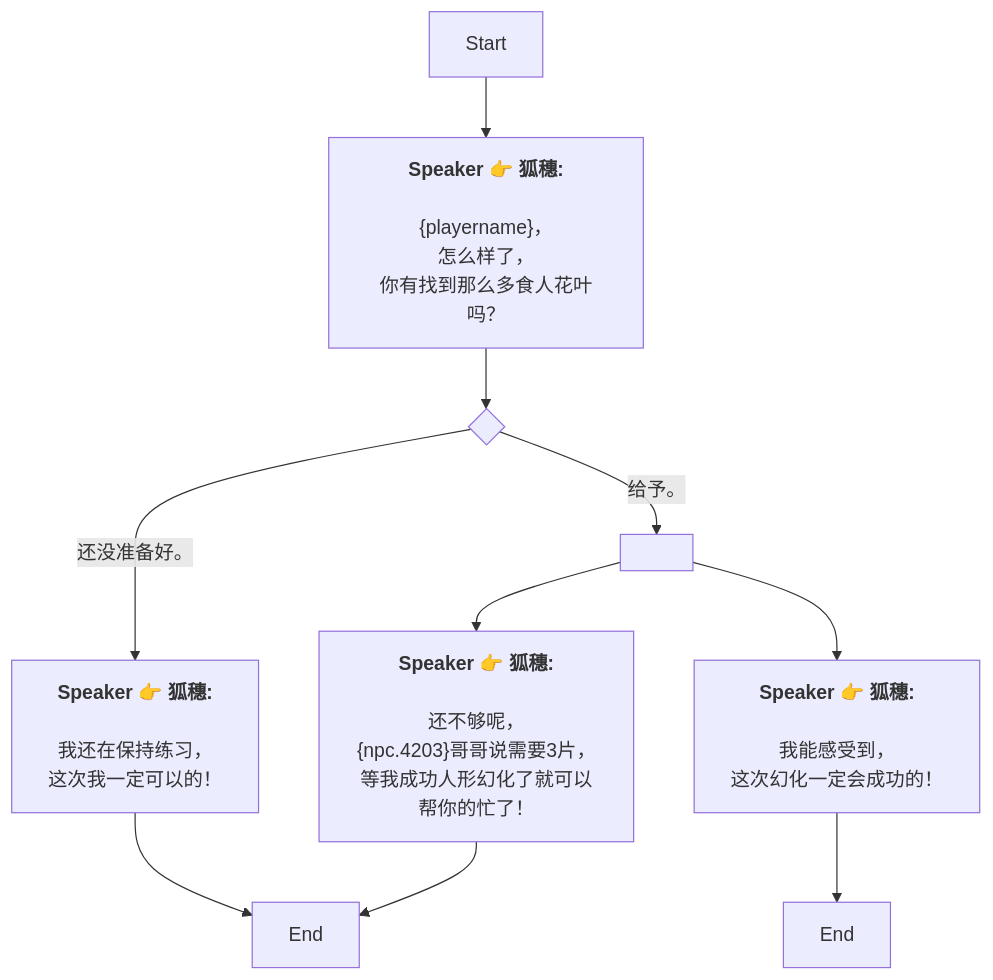
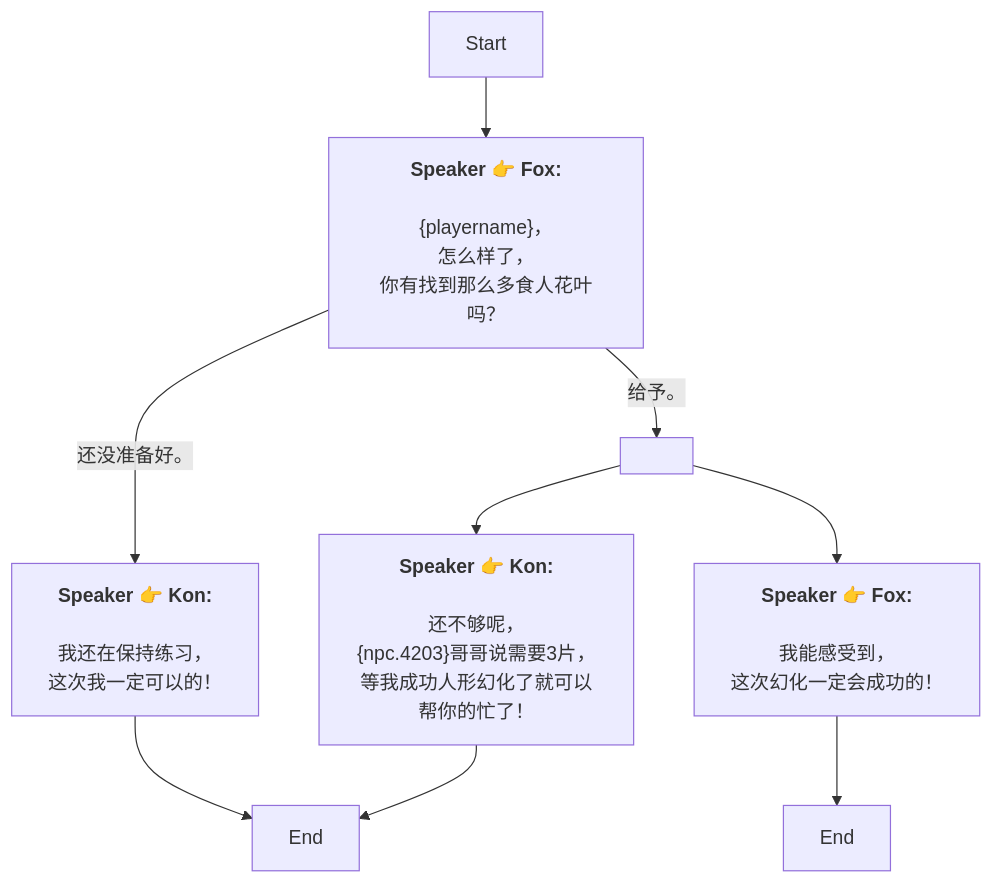
Before and after one commit to SoftHu/tos_avg: the diagram in Zh/QuestTalkObjectiveNode_1738540454527154.md, drawn with Mermaid. The commit also changed 737 other files, not shown here.

````diff
--- a/Zh/QuestTalkObjectiveNode_1738540454527154.md
+++ b/Zh/QuestTalkObjectiveNode_1738540454527154.md
@@ -1,27 +1,22 @@
 ```mermaid
 graph
-Start -->1738540623759549[<b>Speaker 👉 狐穗:</b>
-
-&lbrace;playername&rbrace;，
+Start -->1738540623759549[<b>Speaker 👉 Fox:</b>
+\n&lbrace;playername&rbrace;，
 怎么样了，
 你有找到那么多食人花叶吗？]
-1738540623759549 -->1738540722460865{ }
-1738540722460865 -->|还没准备好。|1738541281747142[<b>Speaker 👉 狐穗:</b>
-
-我还在保持练习，
+1738540623759549 -->|还没准备好。|1738541281747142[<b>Speaker 👉 Kon:</b>
+\n我还在保持练习，
 这次我一定可以的！]
-1738540722460865 -->|给予。|1738552948907153[ ]
+1738540623759549 -->|给予。|1738552948907153[ ]
 1738541281747142 -->1738541321536711[End]
-1738552948907153 -->1738540706198720[<b>Speaker 👉 狐穗:</b>
-
-我能感受到，
+1738552948907153 -->1738540706198720[<b>Speaker 👉 Fox:</b>
+\n我能感受到，
 这次幻化一定会成功的！]
-1738552948907153 -->1738540704310463[<b>Speaker 👉 狐穗:</b>
-
-还不够呢，
+1738552948907153 -->1738540704310463[<b>Speaker 👉 Kon:</b>
+\n还不够呢，
 &lbrace;npc.4203&rbrace;哥哥说需要3片，
 等我成功人形幻化了就可以帮你的忙了！]
 1738540706198720 -->1738541365653704[End]
 1738540704310463 -->1738541321536711[End]
 
- ```
+```
````
